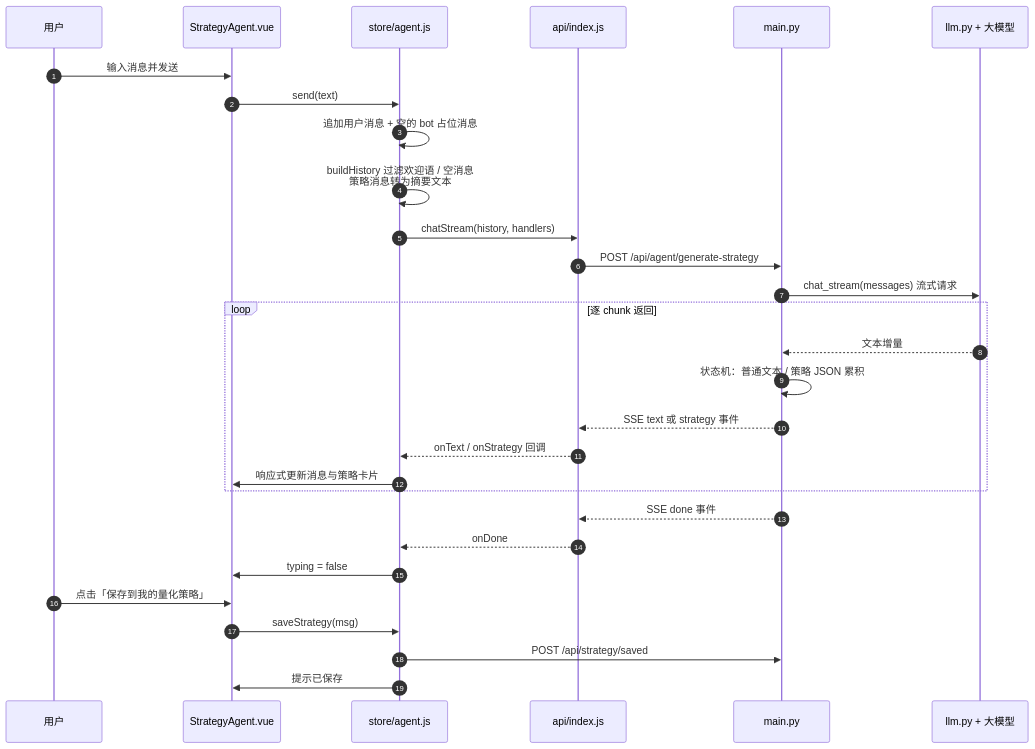
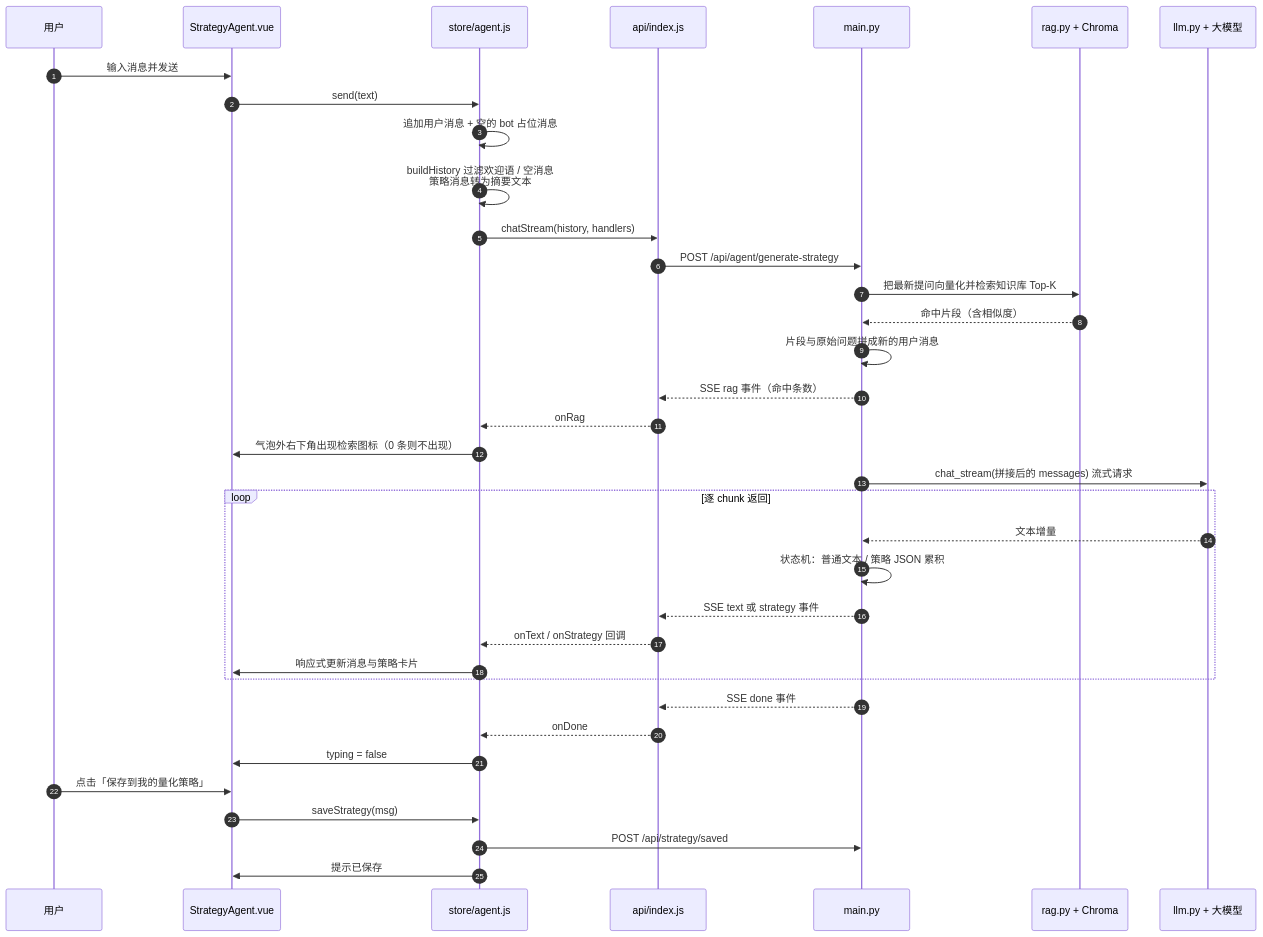
One commit to Song-Yingji/Iktsuarpok changed the sixth of 11 diagrams in README.md. Above: the diagram before and after it, drawn with Mermaid. The commit also changed other lines of this file and 24 other files, not shown here.

````diff
--- a/README.md
+++ b/README.md
@@ -249,32 +285,39 @@
 ```mermaid
 sequenceDiagram
     autonumber
     participant U as 用户
     participant V as StrategyAgent.vue
     participant S as store/agent.js
     participant A as api/index.js
     participant M as main.py
+    participant R as rag.py + Chroma
     participant L as llm.py + 大模型
 
     U->>V: 输入消息并发送
     V->>S: send(text)
     S->>S: 追加用户消息 + 空的 bot 占位消息
     S->>S: buildHistory 过滤欢迎语 / 空消息<br/>策略消息转为摘要文本
     S->>A: chatStream(history, handlers)
     A->>M: POST /api/agent/generate-strategy
-    M->>L: chat_stream(messages) 流式请求
+    M->>R: 把最新提问向量化并检索知识库 Top-K
+    R-->>M: 命中片段（含相似度）
+    M->>M: 片段与原始问题拼成新的用户消息
+    M-->>A: SSE rag 事件（命中条数）
+    A-->>S: onRag
+    S->>V: 气泡外右下角出现检索图标（0 条则不出现）
+    M->>L: chat_stream(拼接后的 messages) 流式请求
     loop 逐 chunk 返回
         L-->>M: 文本增量
         M->>M: 状态机：普通文本 / 策略 JSON 累积
         M-->>A: SSE text 或 strategy 事件
         A-->>S: onText / onStrategy 回调
         S->>V: 响应式更新消息与策略卡片
     end
     M-->>A: SSE done 事件
     A-->>S: onDone
     S->>V: typing = false
     U->>V: 点击「保存到我的量化策略」
     V->>S: saveStrategy(msg)
     S->>M: POST /api/strategy/saved
     S->>V: 提示已保存
 ```
````
